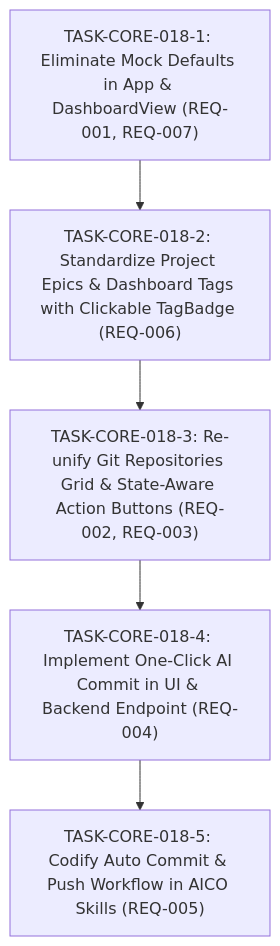
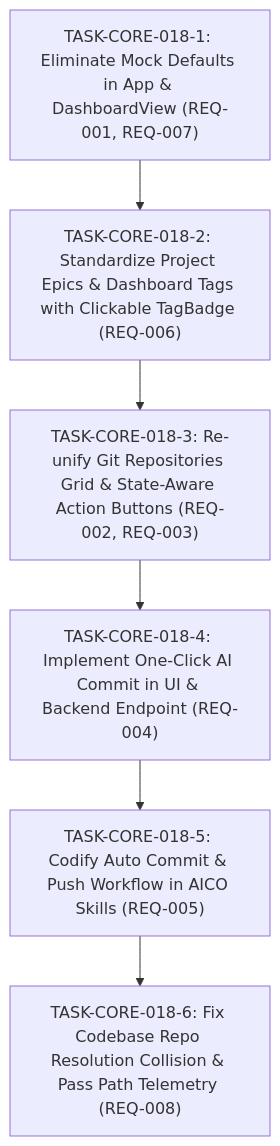
One commit to Lexer727/aico-specs changed the diagram in epics/ec-core/features/ft-core-dashboard-and-repo-card-refinement/plan-ft-core-dashboard-and-repo-card-refinement.md. Above: the diagram before and after it, drawn with Mermaid. The commit also changed other lines of this file and 1 other file, not shown here.

Commit message:
feat(core): complete TASK-CORE-018-6 for codebase repo resolution

````diff
--- a/epics/ec-core/features/ft-core-dashboard-and-repo-card-refinement/plan-ft-core-dashboard-and-repo-card-refinement.md
+++ b/epics/ec-core/features/ft-core-dashboard-and-repo-card-refinement/plan-ft-core-dashboard-and-repo-card-refinement.md
@@ -34,13 +35,15 @@
 ```mermaid
 flowchart TD
     T1["TASK-CORE-018-1: Eliminate Mock Defaults in App & DashboardView (REQ-001, REQ-007)"]
     T2["TASK-CORE-018-2: Standardize Project Epics & Dashboard Tags with Clickable TagBadge (REQ-006)"]
     T3["TASK-CORE-018-3: Re-unify Git Repositories Grid & State-Aware Action Buttons (REQ-002, REQ-003)"]
     T4["TASK-CORE-018-4: Implement One-Click AI Commit in UI & Backend Endpoint (REQ-004)"]
     T5["TASK-CORE-018-5: Codify Auto Commit & Push Workflow in AICO Skills (REQ-005)"]
+    T6["TASK-CORE-018-6: Fix Codebase Repo Resolution Collision & Pass Path Telemetry (REQ-008)"]
 
     T1 --> T2
     T2 --> T3
     T3 --> T4
     T4 --> T5
+    T5 --> T6
 ```
````
